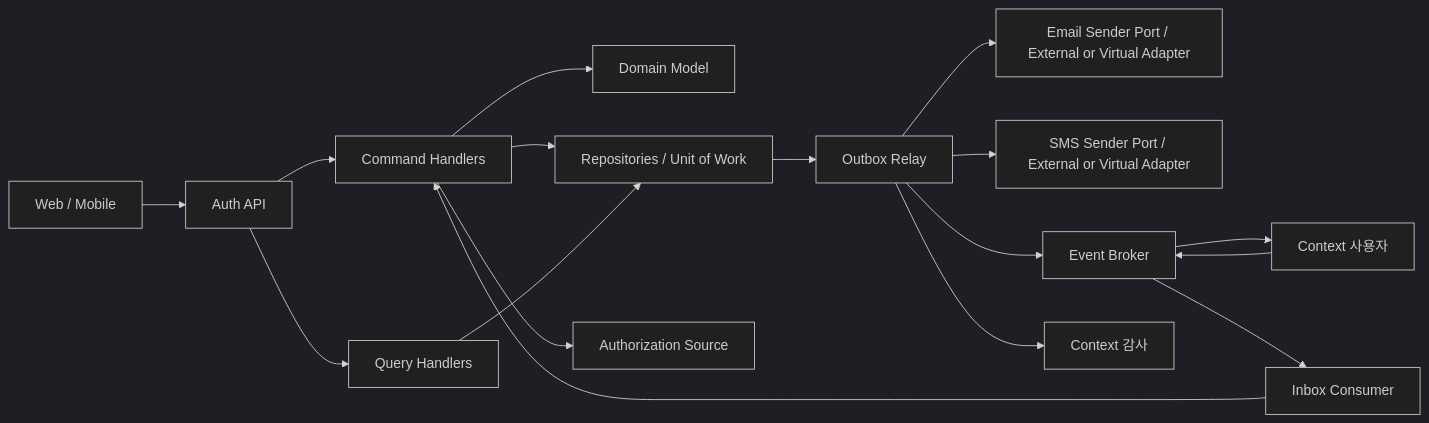
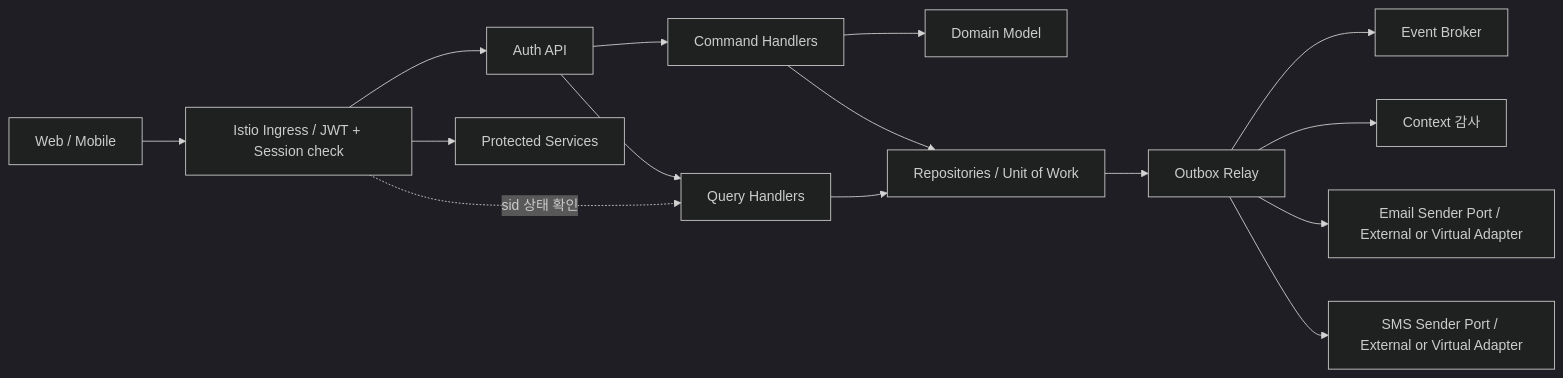
Before and after one commit to Medikong/archive: the diagram in blueprint/50-service-design/A_300_auth/A_300_30-service/README.md, drawn with Mermaid (dark theme). The commit also changed other lines of this file and 3 other files, not shown here.

````diff
--- a/blueprint/50-service-design/A_300_auth/A_300_30-service/README.md
+++ b/blueprint/50-service-design/A_300_auth/A_300_30-service/README.md
@@ -57,34 +58,31 @@
 ```mermaid
 flowchart LR
     Client["Web / Mobile"]
+    Ingress["Istio Ingress / JWT + Session check"]
+    Protected["Protected Services"]
     API["Auth API"]
     Command["Command Handlers"]
     Query["Query Handlers"]
     Domain["Domain Model"]
     Store["Repositories / Unit of Work"]
-    User["Context 사용자"]
-    Authz["Authorization Source"]
     Email["Email Sender Port / External or Virtual Adapter"]
     SMS["SMS Sender Port / External or Virtual Adapter"]
     Relay["Outbox Relay"]
     Broker["Event Broker"]
-    Inbox["Inbox Consumer"]
     Audit["Context 감사"]
 
-    Client --> API
+    Client --> Ingress
+    Ingress --> API
+    Ingress --> Protected
+    Ingress -. "sid 상태 확인" .-> Query
     API --> Command
     API --> Query
     Command --> Domain
     Command --> Store
     Query --> Store
-    Command --> Authz
     Store --> Relay
     Relay --> Broker
-    Broker --> User
-    User --> Broker
-    Broker --> Inbox
-    Inbox --> Command
     Relay --> Audit
     Relay --> Email
     Relay --> SMS
 ```
````
